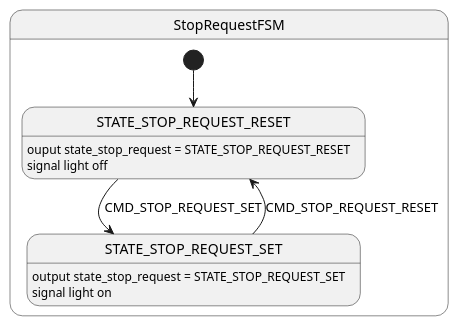
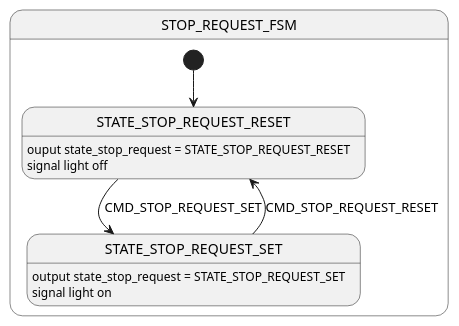
The diagram in docs/state_machines/node-door-controller/stop_request_fsm.puml (paetzholdt/CANRepo), drawn with PlantUML before and after one commit. The commit also changed 4 other files, not shown here.

Commit message:
add door opening permission requirements and decision table and implement in stop request activity

```diff
--- a/docs/state_machines/node-door-controller/stop_request_fsm.puml
+++ b/docs/state_machines/node-door-controller/stop_request_fsm.puml
@@ -1,23 +1,23 @@
 @startuml stop_request_fsm
 
 
 
 
-state StopRequestFSM {
+state STOP_REQUEST_FSM {
     [*] --> STATE_STOP_REQUEST_RESET
     state STATE_STOP_REQUEST_RESET
     state STATE_STOP_REQUEST_SET
 
     STATE_STOP_REQUEST_RESET: ouput state_stop_request = STATE_STOP_REQUEST_RESET 
     STATE_STOP_REQUEST_RESET: signal light off
 
     STATE_STOP_REQUEST_SET: output state_stop_request = STATE_STOP_REQUEST_SET
     STATE_STOP_REQUEST_SET: signal light on
 
 
     STATE_STOP_REQUEST_RESET --> STATE_STOP_REQUEST_SET : CMD_STOP_REQUEST_SET
     STATE_STOP_REQUEST_SET --> STATE_STOP_REQUEST_RESET : CMD_STOP_REQUEST_RESET
 }
 
 
 @enduml
```
